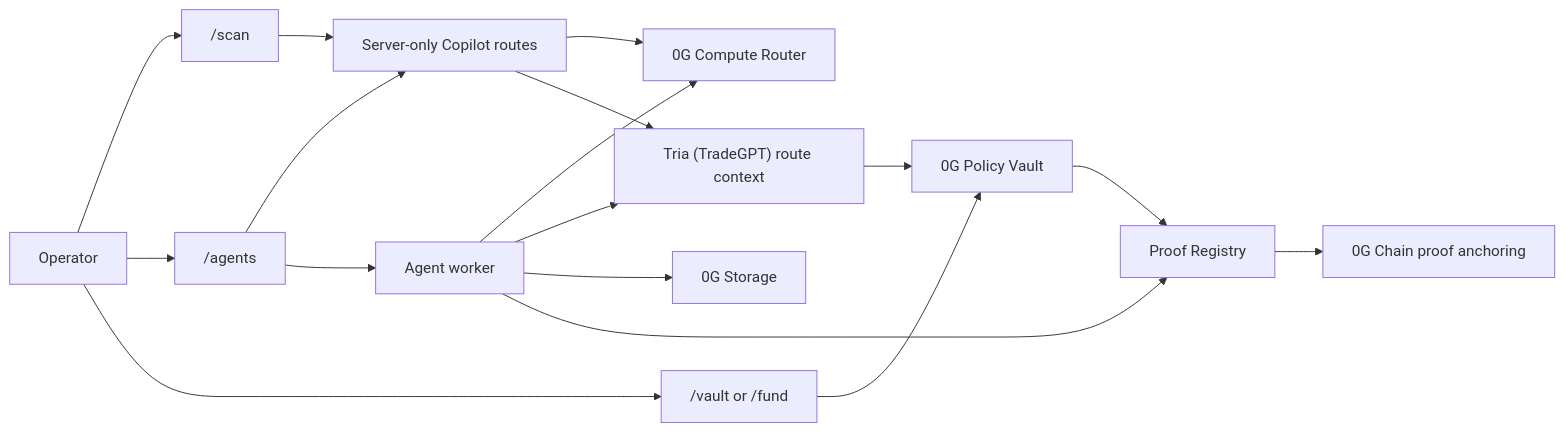
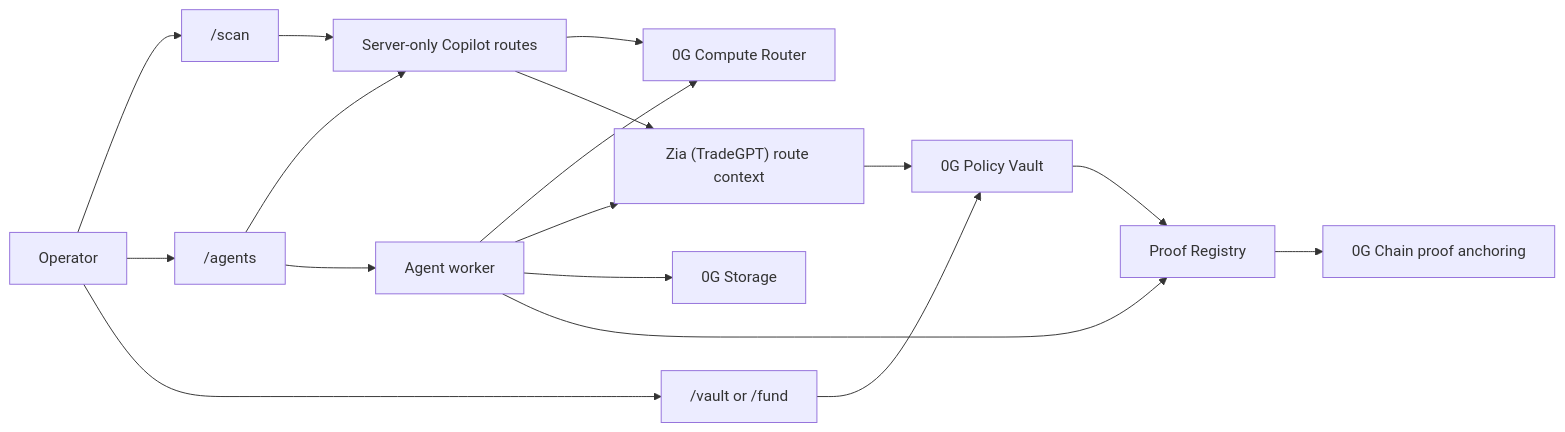
The diagram in README.md (kann420/4lpha-0G), drawn with Mermaid before and after one commit. The commit also changed other lines of this file, not shown here.

Commit message:
docs: correct Zia TradeGPT naming

````diff
--- a/README.md
+++ b/README.md
@@ -51,32 +51,32 @@
 ```mermaid
 flowchart LR
   User["Operator"]
   Scan["/scan"]
   Agents["/agents"]
   Vault["/vault or /fund"]
   Chat["Server-only Copilot routes"]
   Compute["0G Compute Router"]
-  Tria["Tria (TradeGPT) route context"]
+  Zia["Zia (TradeGPT) route context"]
   Storage["0G Storage"]
   Chain["0G Chain proof anchoring"]
   VaultPolicy["0G Policy Vault"]
   Proof["Proof Registry"]
   Worker["Agent worker"]
 
   User --> Scan
   User --> Agents
   User --> Vault
   Scan --> Chat
   Agents --> Chat
   Chat --> Compute
-  Chat --> Tria
+  Chat --> Zia
   Agents --> Worker
   Worker --> Compute
-  Worker --> Tria
-  Tria --> VaultPolicy
+  Worker --> Zia
+  Zia --> VaultPolicy
   Vault --> VaultPolicy
   VaultPolicy --> Proof
   Worker --> Storage
   Worker --> Proof
   Proof --> Chain
 ```
````
